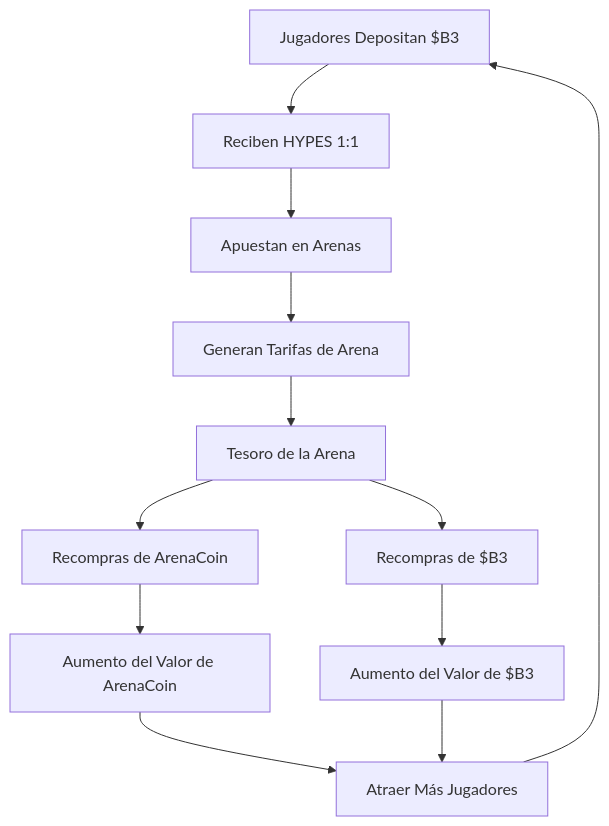
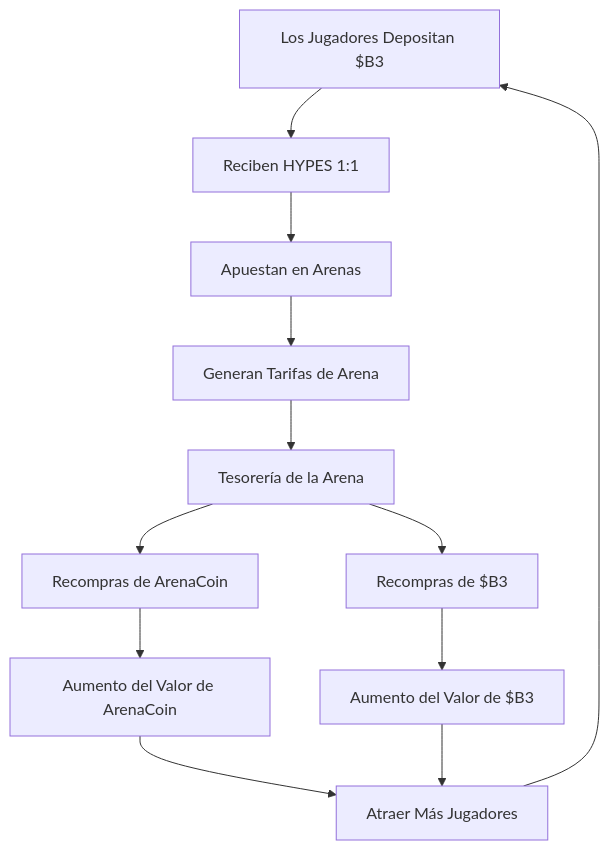
The first of 2 diagrams in docs/es/hypeduel/platform-overview.mdx (b3-fun/b3), drawn with Mermaid before and after one commit. The commit also changed other lines of this file and 95 other files, not shown here.

````diff
--- a/docs/es/hypeduel/platform-overview.mdx
+++ b/docs/es/hypeduel/platform-overview.mdx
@@ -142,14 +70,14 @@
 ```mermaid
 graph TB
-    A[Jugadores Depositan $B3] --> B[Reciben HYPES 1:1]
+    A[Los Jugadores Depositan $B3] --> B[Reciben HYPES 1:1]
     B --> C[Apuestan en Arenas]
     C --> D[Generan Tarifas de Arena]
-    D --> E[Tesoro de la Arena]
+    D --> E[Tesorería de la Arena]
     E --> F[Recompras de $B3]
     E --> G[Recompras de ArenaCoin]
     F --> H[Aumento del Valor de $B3]
     G --> I[Aumento del Valor de ArenaCoin]
     I --> J[Atraer Más Jugadores]
     H --> J
     J --> A
 ```
````
